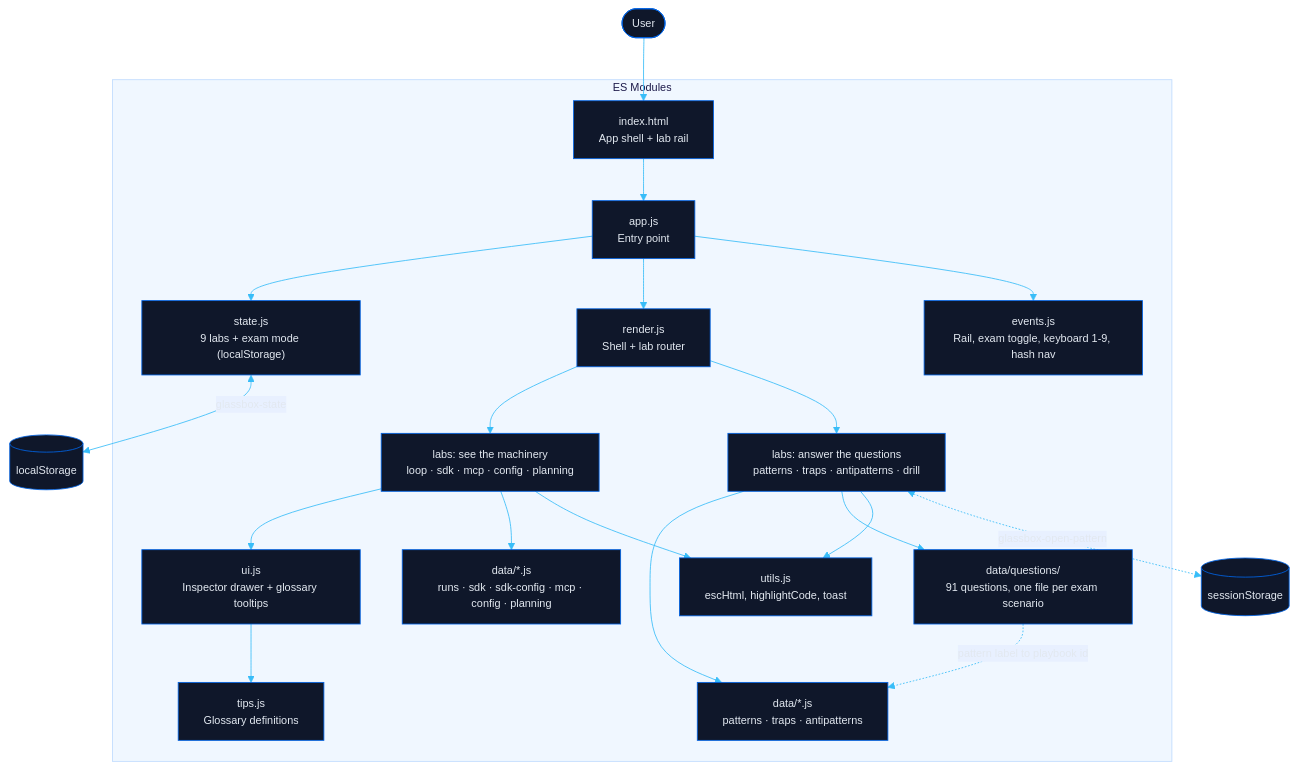
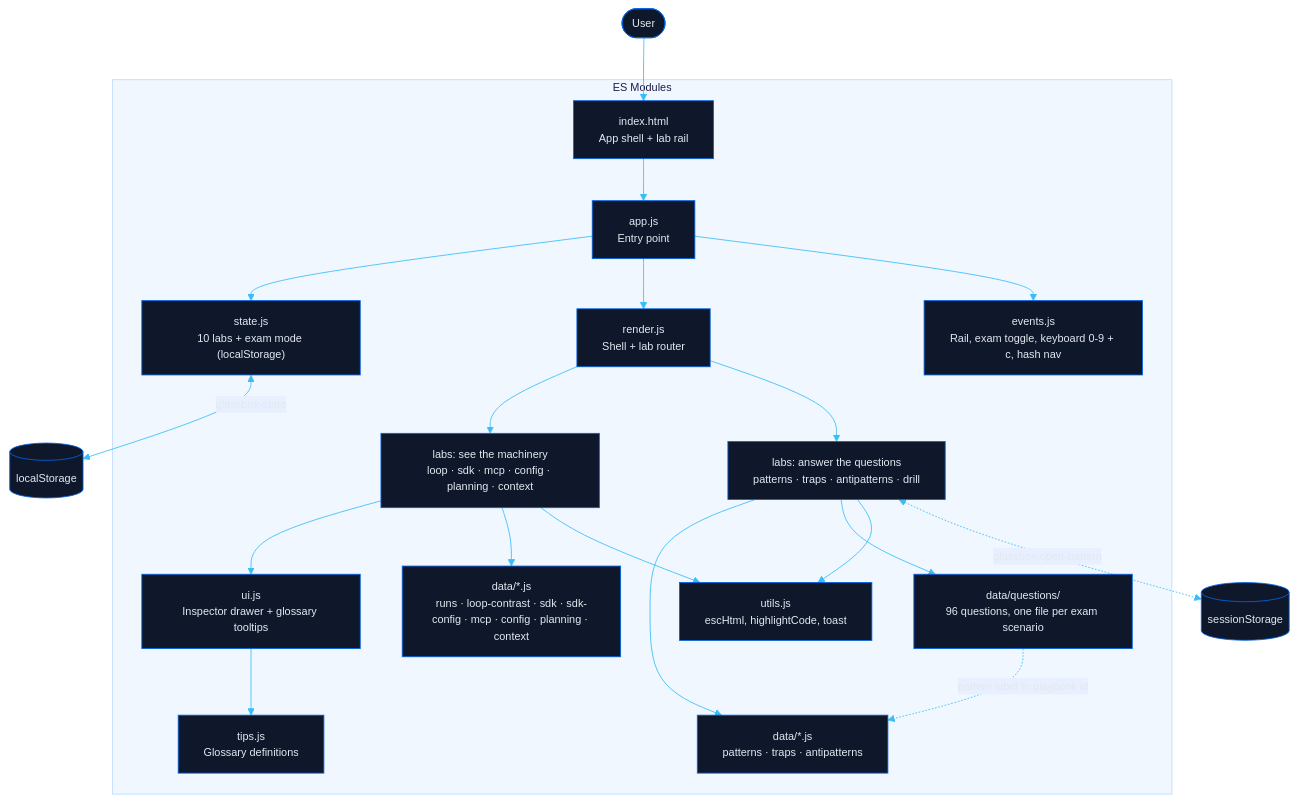
The diagram in docs/architecture.mmd (energon-a-secas/glassbox-site), drawn with Mermaid before and after one commit. The commit also changed 13 other files, not shown here.

```diff
--- a/docs/architecture.mmd
+++ b/docs/architecture.mmd
@@ -1,44 +1,44 @@
 ---
 config:
   theme: base
   themeVariables:
     primaryColor: "#0f172a"
     primaryTextColor: "#e2e8f0"
     primaryBorderColor: "#0063e5"
     lineColor: "#38bdf8"
     secondaryColor: "#1e293b"
     tertiaryColor: "#1e293b"
     clusterBkg: "#f0f7ff"
     clusterBorder: "#bfdbfe"
     edgeLabelBackground: "#e8f0ff"
     mainBkg: "#0f172a"
     nodeBorder: "#0063e5"
     titleColor: "#1e1b4b"
     fontFamily: "ui-sans-serif, system-ui, -apple-system, sans-serif"
     fontSize: "13px"
 ---
 flowchart TB
     User([User]) --> HTML["index.html\nApp shell + lab rail"]
 
     subgraph App["ES Modules"]
         HTML --> app["app.js\nEntry point"]
-        app --> state["state.js\n9 labs + exam mode (localStorage)"]
+        app --> state["state.js\n10 labs + exam mode (localStorage)"]
         app --> render["render.js\nShell + lab router"]
-        app --> events["events.js\nRail, exam toggle, keyboard 1-9, hash nav"]
+        app --> events["events.js\nRail, exam toggle, keyboard 0-9 + c, hash nav"]
 
-        render --> sims["labs: see the machinery\nloop · sdk · mcp · config · planning"]
+        render --> sims["labs: see the machinery\nloop · sdk · mcp · config · planning · context"]
         render --> study["labs: answer the questions\npatterns · traps · antipatterns · drill"]
 
         sims --> ui["ui.js\nInspector drawer + glossary tooltips"]
-        sims --> simdata["data/*.js\nruns · sdk · sdk-config · mcp · config · planning"]
+        sims --> simdata["data/*.js\nruns · loop-contrast · sdk · sdk-config · mcp · config · planning · context"]
         study --> studydata["data/*.js\npatterns · traps · antipatterns"]
-        study --> qbank["data/questions/\n91 questions, one file per exam scenario"]
+        study --> qbank["data/questions/\n96 questions, one file per exam scenario"]
 
         sims --> utils["utils.js\nescHtml, highlightCode, toast"]
         study --> utils
         ui --> tips["tips.js\nGlossary definitions"]
     end
 
     qbank -.->|"pattern label to playbook id"| studydata
     state <-->|"glassbox-state"| Storage[("localStorage")]
     study <-.->|"glassbox-open-pattern"| Session[("sessionStorage")]
```
